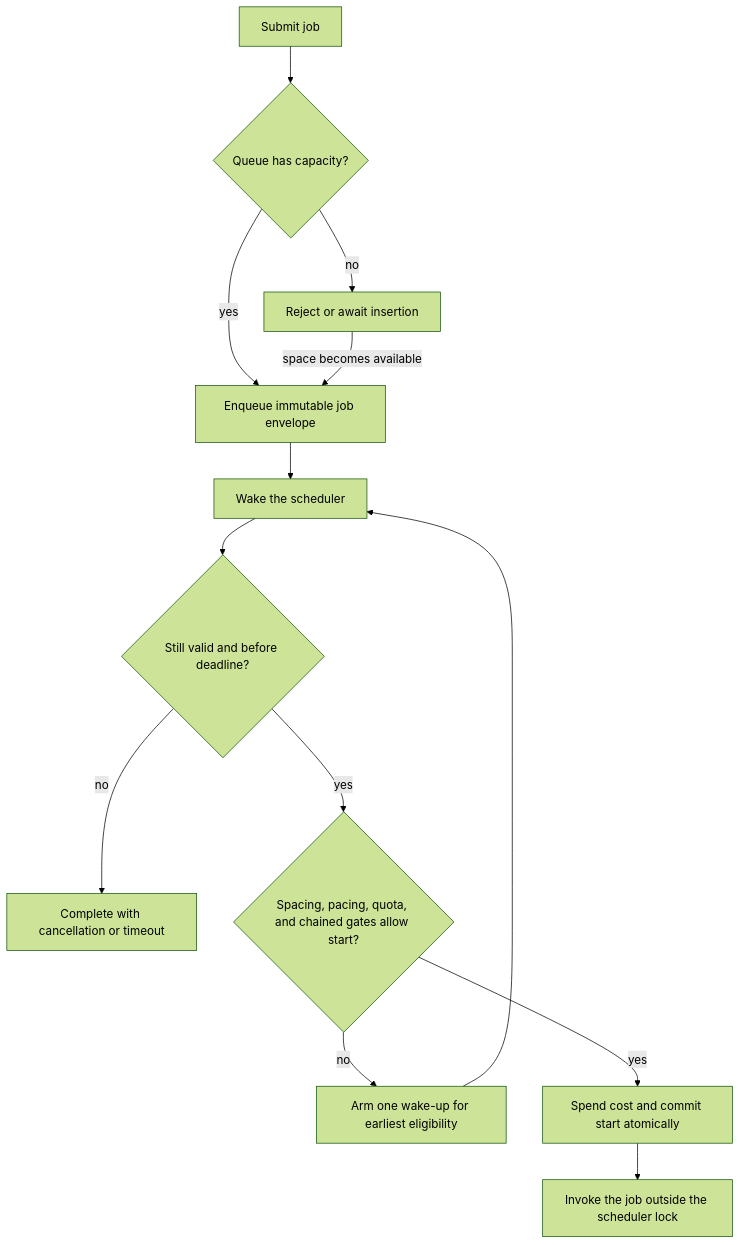
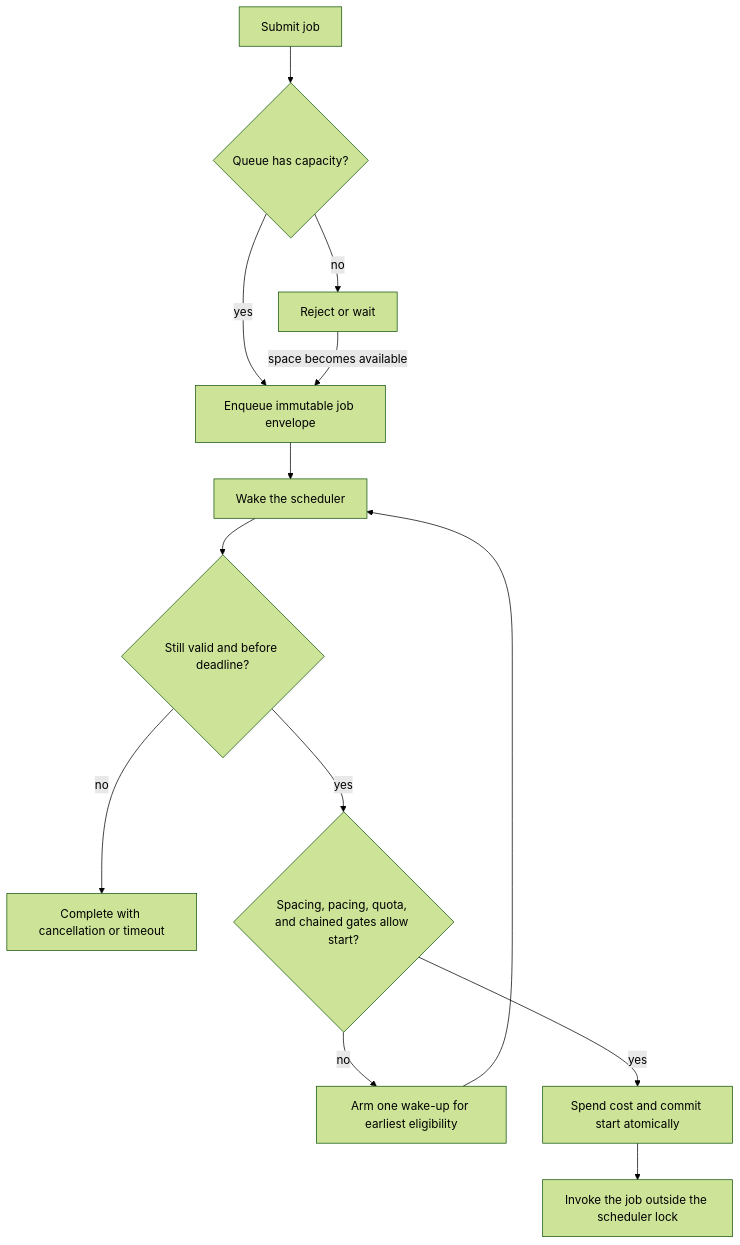
The first of 2 diagrams in docs/utilities/throughput-controller.md (MatanelGordon/Limitful), drawn with Mermaid (forest theme) before and after one commit. The commit also changed other lines of this file and 19 other files, not shown here.

````diff
--- a/docs/utilities/throughput-controller.md
+++ b/docs/utilities/throughput-controller.md
@@ -215,15 +219,15 @@
 ```mermaid
 flowchart TD
   SUB["Submit job"] --> CAP{"Queue has capacity?"}
-  CAP -->|"no"| OVF["Reject or await insertion"]
+  CAP -->|"no"| OVF["Reject or wait"]
   CAP -->|"yes"| ENQ["Enqueue immutable job envelope"]
   OVF -->|"space becomes available"| ENQ
   ENQ --> WAKE["Wake the scheduler"]
   WAKE --> VALID{"Still valid and before deadline?"}
   VALID -->|"no"| TERM["Complete with cancellation or timeout"]
   VALID -->|"yes"| GATES{"Spacing, pacing, quota, and chained gates allow start?"}
   GATES -->|"no"| ARM["Arm one wake-up for earliest eligibility"]
   ARM --> WAKE
   GATES -->|"yes"| COMMIT["Spend cost and commit start atomically"]
   COMMIT --> RUN["Invoke the job outside the scheduler lock"]
 ```
````
